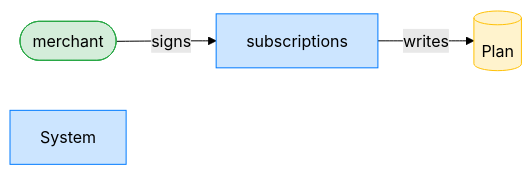
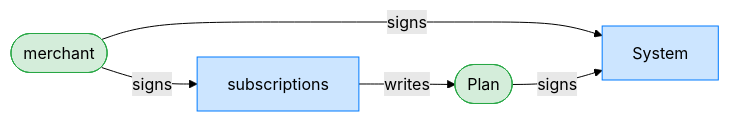
The third of 12 diagrams in dsl_tests/delete-a-sunset--expired-plan.md (cds-rs/subscriptions), drawn with Mermaid (forest theme) before and after one commit. The commit also changed other lines of this file and 224 other files, not shown here.

````diff
--- a/dsl_tests/delete-a-sunset--expired-plan.md
+++ b/dsl_tests/delete-a-sunset--expired-plan.md
@@ -47,12 +48,14 @@
 ```mermaid
 flowchart LR
     classDef signer fill:#d4edda,stroke:#28a745;
     classDef program fill:#cce5ff,stroke:#007bff;
     classDef writable fill:#fff3cd,stroke:#ffc107;
     subscriptions[subscriptions]:::program
     merchant([merchant]):::signer
-    Plan[(Plan)]:::writable
+    Plan([Plan]):::signer
     System[System]:::program
     merchant -->|signs| subscriptions
+    merchant -->|signs| System
+    Plan -->|signs| System
     subscriptions -->|writes| Plan
 ```
````
